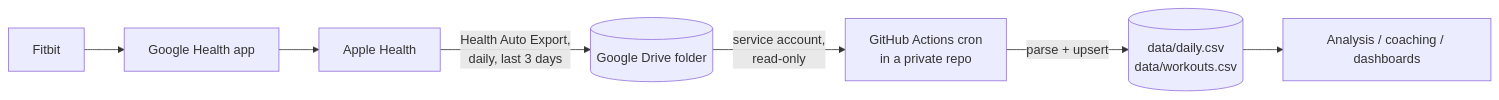
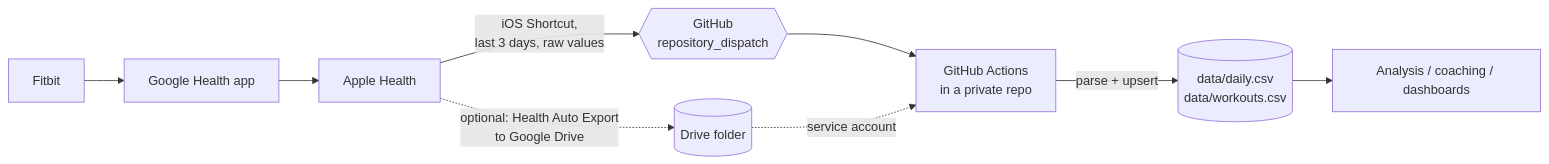
The diagram in README.md (nonentertainer/health-pipeline), drawn with Mermaid before and after one commit. The commit also changed other lines of this file and 7 other files, not shown here.

````diff
--- a/README.md
+++ b/README.md
@@ -5,8 +5,10 @@
 ```mermaid
 flowchart LR
     A[Fitbit] --> B[Google Health app] --> C[Apple Health]
-    C -->|Health Auto Export,<br/>daily, last 3 days| D[(Google Drive folder)]
-    D -->|service account,<br/>read-only| E[GitHub Actions cron<br/>in a private repo]
+    C -->|iOS Shortcut,<br/>last 3 days, raw values| D{{GitHub<br/>repository_dispatch}}
+    C -.->|optional: Health Auto Export<br/>to Google Drive| G[(Drive folder)]
+    D --> E[GitHub Actions<br/>in a private repo]
+    G -.->|service account| E
     E -->|parse + upsert| F[(data/daily.csv<br/>data/workouts.csv)]
-    F --> G[Analysis / coaching / dashboards]
+    F --> H[Analysis / coaching / dashboards]
 ```
````
